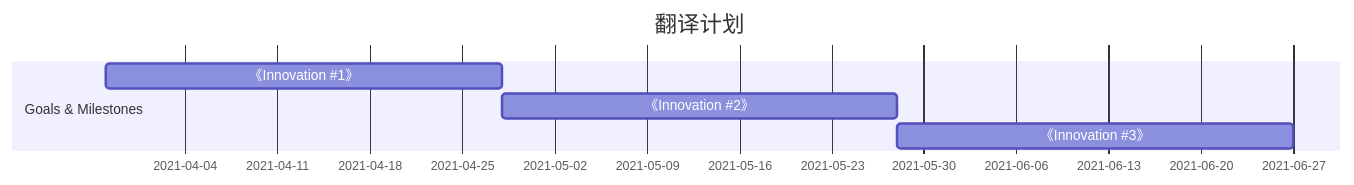
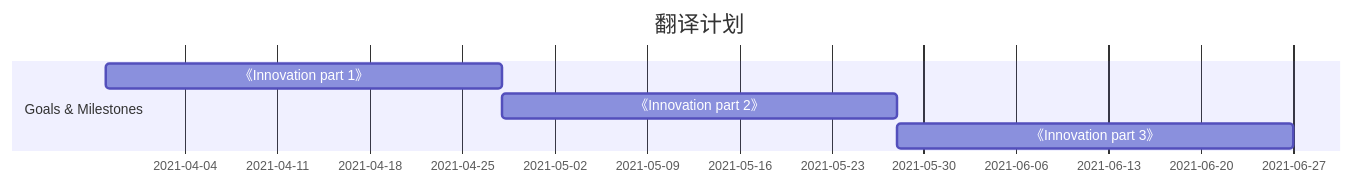
Before and after one commit to goooooouwa/writings: the diagram in _posts/side project/2021-03-29-translation-plan.md, drawn with Mermaid.

```diff
--- a/_posts/side project/2021-03-29-translation-plan.md
+++ b/_posts/side project/2021-03-29-translation-plan.md
@@ -12,10 +12,10 @@
 <div class="mermaid">
     gantt
     title 翻译计划
     dateFormat  YYYY-MM-DD
 
     section Goals & Milestones
-    《Innovation #1》 :2021-03-29, 30d
-    《Innovation #2》 :30d
-    《Innovation #3》 :30d
+    《Innovation part 1》 :2021-03-29, 30d
+    《Innovation part 2》 :30d
+    《Innovation part 3》 :30d
 </div>
```
